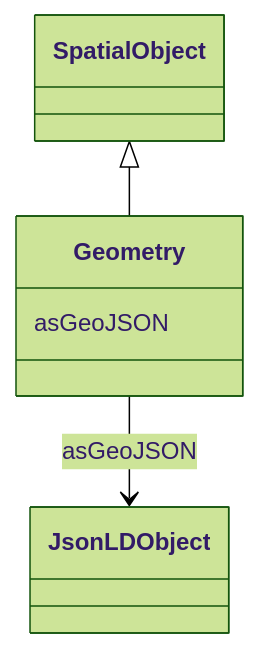
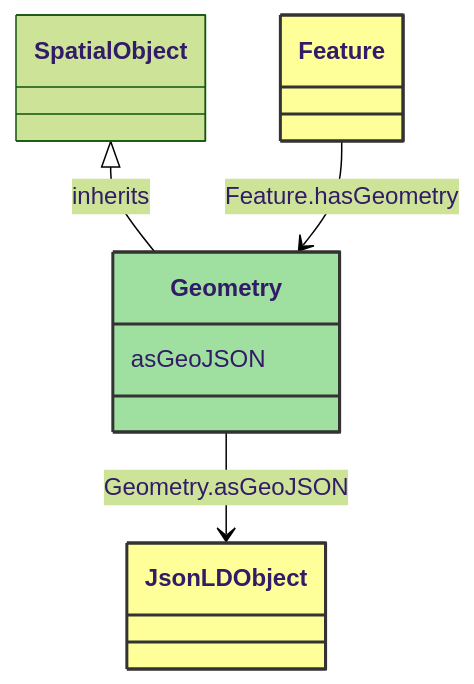
The diagram in docs/WattApp/Geometry.md (3lbits/NoCIMExtensions), drawn with Mermaid (forest theme) before and after one commit. The commit also changed other lines of this file and 60 other files, not shown here.

````diff
--- a/docs/WattApp/Geometry.md
+++ b/docs/WattApp/Geometry.md
@@ -16,14 +8,29 @@
 ```mermaid
- classDiagram
+classDiagram
     class Geometry
     click Geometry href "../Geometry"
-      SpatialObject <|-- Geometry
-        click SpatialObject href "../SpatialObject"
-      
-      Geometry : asGeoJSON
-        
-          Geometry --> JsonLDObject : asGeoJSON
-          click JsonLDObject href "../JsonLDObject"
-        
-      
+    style Geometry fill:#9fdf9f,stroke:#333,stroke-width:2px,rx:10,ry:10
+
+        SpatialObject <|-- Geometry : inherits
+            click SpatialObject href "../SpatialObject"
+            style SpatialObject rx:10,ry:10
+
+        Geometry
+            click Geometry href "../Geometry"
+            style Geometry rx:10,ry:10
+
+        Geometry --> JsonLDObject : Geometry.asGeoJSON
+
+        JsonLDObject
+            click JsonLDObject href "../JsonLDObject"
+            style JsonLDObject fill:#ffff99,stroke:#333,stroke-width:2px,rx:10,ry:10
+
+        Feature --> Geometry : Feature.hasGeometry
+
+        Feature
+            click Feature href "../Feature"
+            style Feature fill:#ffff99,stroke:#333,stroke-width:2px,rx:10,ry:10
+
+
+        Geometry : asGeoJSON
 ```
````
